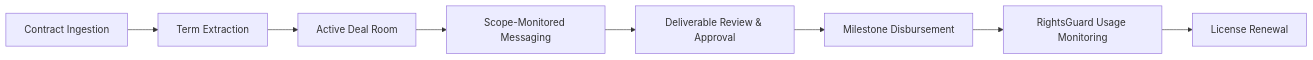
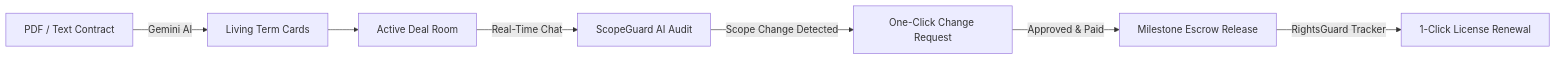
The first of 2 diagrams in README.md (fiopefoluwa/WeTech-Cortex), drawn with Mermaid before and after one commit. The commit also changed other lines of this file and 7 other files, not shown here.

````diff
--- a/README.md
+++ b/README.md
@@ -36,10 +20,9 @@
 ```mermaid
 graph LR
-    A[Contract Ingestion] --> B[Term Extraction]
+    A[PDF / Text Contract] -->|Gemini AI| B[Living Term Cards]
     B --> C[Active Deal Room]
-    C --> D[Scope-Monitored Messaging]
-    D --> E[Deliverable Review & Approval]
-    E --> F[Milestone Disbursement]
-    F --> G[RightsGuard Usage Monitoring]
-    G --> H[License Renewal]
+    C -->|Real-Time Chat| D[ScopeGuard AI Audit]
+    D -->|Scope Change Detected| E[One-Click Change Request]
+    E -->|Approved & Paid| F[Milestone Escrow Release]
+    F -->|RightsGuard Tracker| G[1-Click License Renewal]
 ```
````
